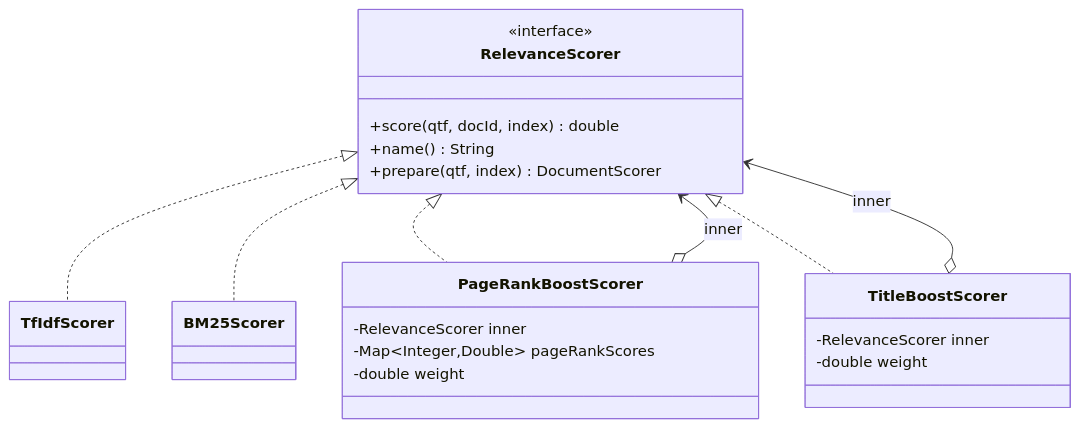
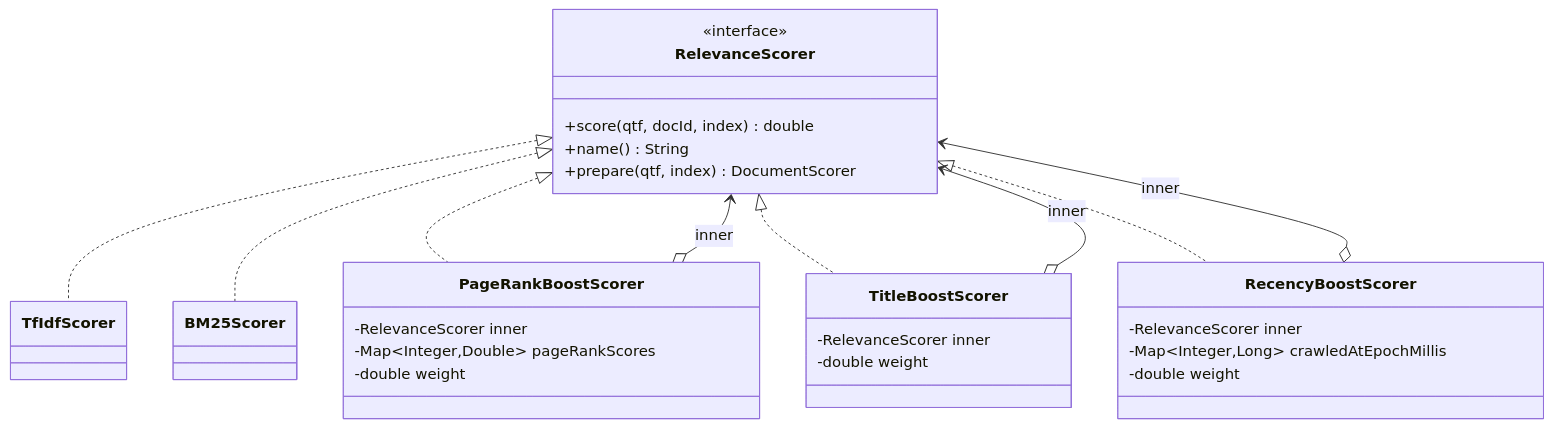
One commit to KietAnhCS/CocCoc-Plus changed the fourth of 8 diagrams in docs/RANKING-PIPELINE.md. Above: the diagram before and after it, drawn with Mermaid. The commit also changed other lines of this file and 2 other files, not shown here.

Commit message:
docs: sync ranking pipeline with recency signal

````diff
--- a/docs/RANKING-PIPELINE.md
+++ b/docs/RANKING-PIPELINE.md
@@ -973,27 +1013,34 @@
 ```mermaid
 classDiagram
     class RelevanceScorer {
         <<interface>>
         +score(qtf, docId, index) double
         +name() String
         +prepare(qtf, index) DocumentScorer
     }
     class TfIdfScorer
     class BM25Scorer
     class PageRankBoostScorer {
         -RelevanceScorer inner
         -Map~Integer,Double~ pageRankScores
         -double weight
     }
     class TitleBoostScorer {
         -RelevanceScorer inner
         -double weight
     }
+    class RecencyBoostScorer {
+        -RelevanceScorer inner
+        -Map~Integer,Long~ crawledAtEpochMillis
+        -double weight
+    }
 
     RelevanceScorer <|.. TfIdfScorer
     RelevanceScorer <|.. BM25Scorer
     RelevanceScorer <|.. PageRankBoostScorer
     RelevanceScorer <|.. TitleBoostScorer
+    RelevanceScorer <|.. RecencyBoostScorer
     PageRankBoostScorer o--> RelevanceScorer : inner
     TitleBoostScorer o--> RelevanceScorer : inner
+    RecencyBoostScorer o--> RelevanceScorer : inner
 ```
````
